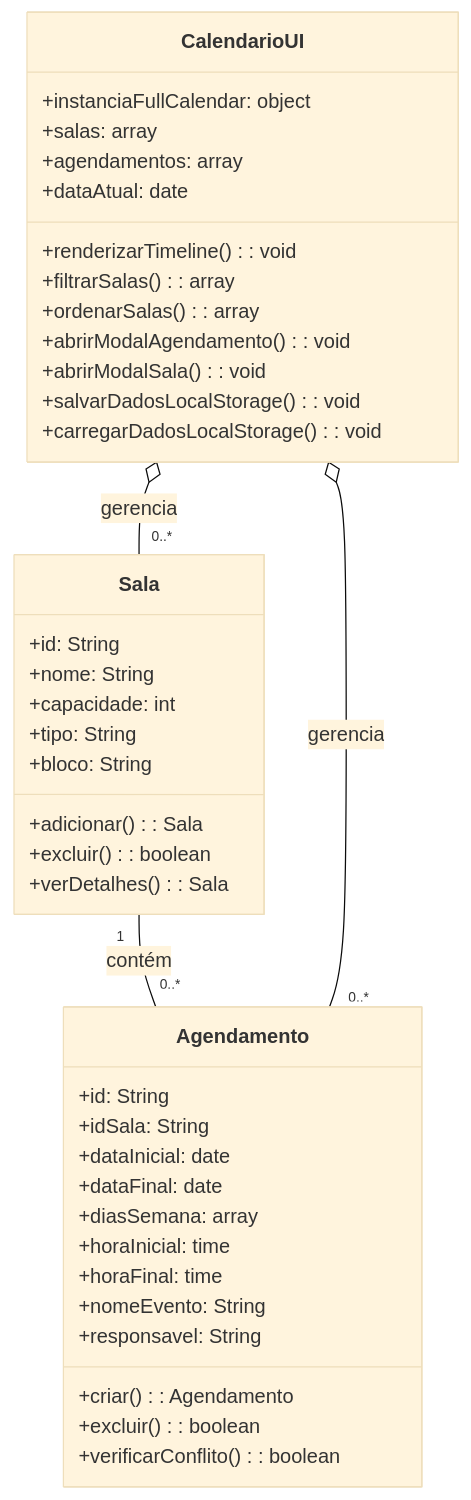
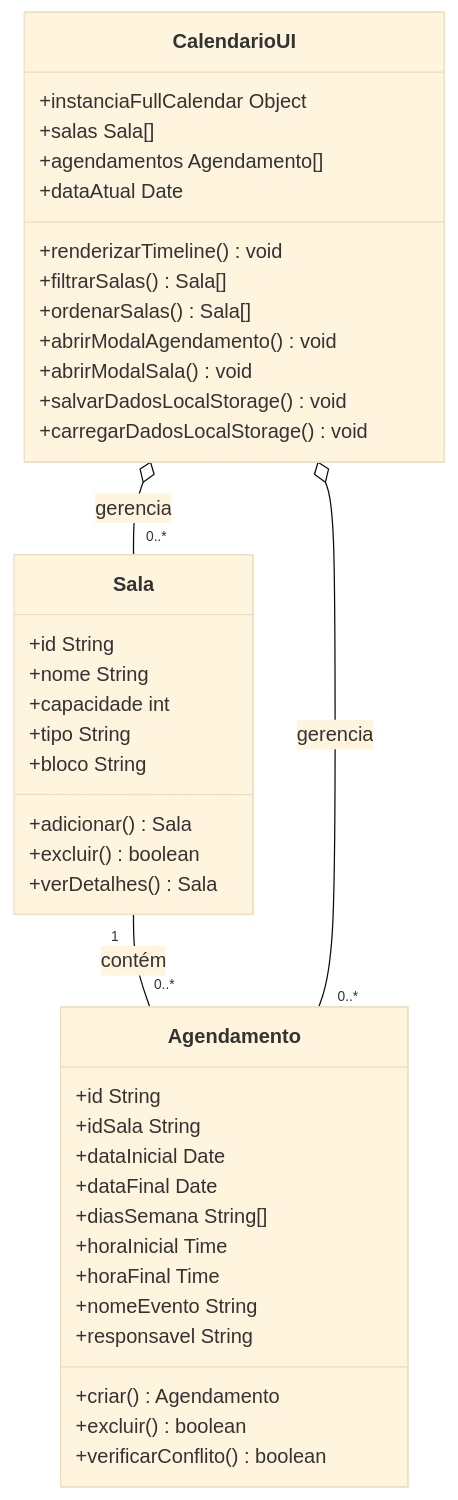
The diagram in Diagrama_de_Classe.md (CTISM-Prof-Henry/trab-final-noite-gremio-fbpa), drawn with Mermaid (base theme) before and after one commit. The commit also changed other lines of this file, not shown here.

````diff
--- a/Diagrama_de_Classe.md
+++ b/Diagrama_de_Classe.md
@@ -47,46 +47,47 @@
 ```mermaid
 classDiagram
     class Sala {
-        +id: String
-        +nome: String
-        +capacidade: int
-        +tipo: String
-        +bloco: String
-        +adicionar(): Sala
-        +excluir(): boolean
-        +verDetalhes(): Sala
+        +id String
+        +nome String
+        +capacidade int
+        +tipo String
+        +bloco String
+        +adicionar() Sala
+        +excluir() boolean
+        +verDetalhes() Sala
     }
 
     class Agendamento {
-        +id: String
-        +idSala: String
-        +dataInicial: date
-        +dataFinal: date
-        +diasSemana: array
-        +horaInicial: time
-        +horaFinal: time
-        +nomeEvento: String
-        +responsavel: String
-        +criar(): Agendamento
-        +excluir(): boolean
-        +verificarConflito(): boolean
+        +id String
+        +idSala String
+        +dataInicial Date
+        +dataFinal Date
+        +diasSemana String[]
+        +horaInicial Time
+        +horaFinal Time
+        +nomeEvento String
+        +responsavel String
+        +criar() Agendamento
+        +excluir() boolean
+        +verificarConflito() boolean
     }
 
     class CalendarioUI {
-        +instanciaFullCalendar: object
-        +salas: array
-        +agendamentos: array
-        +dataAtual: date
-        +renderizarTimeline(): void
-        +filtrarSalas(): array
-        +ordenarSalas(): array
-        +abrirModalAgendamento(): void
-        +abrirModalSala(): void
-        +salvarDadosLocalStorage(): void
-        +carregarDadosLocalStorage(): void
+        +instanciaFullCalendar Object
+        +salas Sala[]
+        +agendamentos Agendamento[]
+        +dataAtual Date
+        +renderizarTimeline() void
+        +filtrarSalas() Sala[]
+        +ordenarSalas() Sala[]
+        +abrirModalAgendamento() void
+        +abrirModalSala() void
+        +salvarDadosLocalStorage() void
+        +carregarDadosLocalStorage() void
     }
 
     Sala "1" -- "0..*" Agendamento : contém
     CalendarioUI o-- "0..*" Sala : gerencia
     CalendarioUI o-- "0..*" Agendamento : gerencia
+
 ```
````
